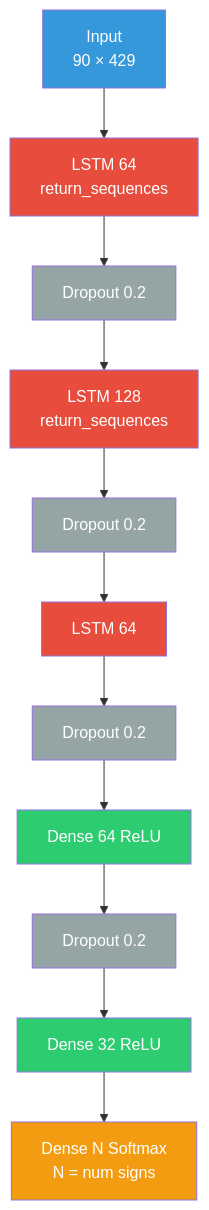
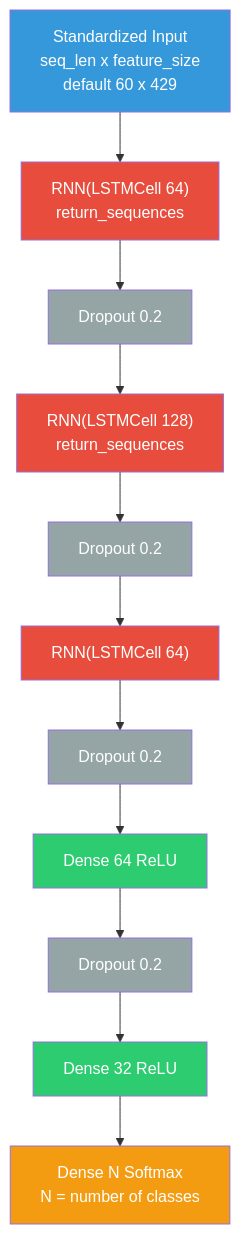
The ninth of 9 diagrams in RSLdataset/docs/DIAGRAMS.md (IuraHD/rsllearn), drawn with Mermaid before and after one commit. The commit also changed other lines of this file and 23 other files, not shown here.

````diff
--- a/RSLdataset/docs/DIAGRAMS.md
+++ b/RSLdataset/docs/DIAGRAMS.md
@@ -246,24 +334,25 @@
 ```mermaid
 graph TB
-    I["Input<br/>90 × 429"] --> L1["LSTM 64<br/>return_sequences"]
+    I["Standardized Input<br/>seq_len x feature_size<br/>default 60 x 429"] --> L1["RNN(LSTMCell 64)<br/>return_sequences"]
     L1 --> D1["Dropout 0.2"]
-    D1 --> L2["LSTM 128<br/>return_sequences"]
+    D1 --> L2["RNN(LSTMCell 128)<br/>return_sequences"]
     L2 --> D2["Dropout 0.2"]
-    D2 --> L3["LSTM 64"]
+    D2 --> L3["RNN(LSTMCell 64)"]
     L3 --> D3["Dropout 0.2"]
     D3 --> F1["Dense 64 ReLU"]
     F1 --> D4["Dropout 0.2"]
     D4 --> F2["Dense 32 ReLU"]
-    F2 --> O["Dense N Softmax<br/>N = num signs"]
+    F2 --> O["Dense N Softmax<br/>N = number of classes"]
+
     style I fill:#3498db,color:#fff
     style L1 fill:#e74c3c,color:#fff
     style L2 fill:#e74c3c,color:#fff
     style L3 fill:#e74c3c,color:#fff
     style F1 fill:#2ecc71,color:#fff
     style F2 fill:#2ecc71,color:#fff
     style O fill:#f39c12,color:#fff
     style D1 fill:#95a5a6,color:#fff
     style D2 fill:#95a5a6,color:#fff
     style D3 fill:#95a5a6,color:#fff
     style D4 fill:#95a5a6,color:#fff
 ```
````
